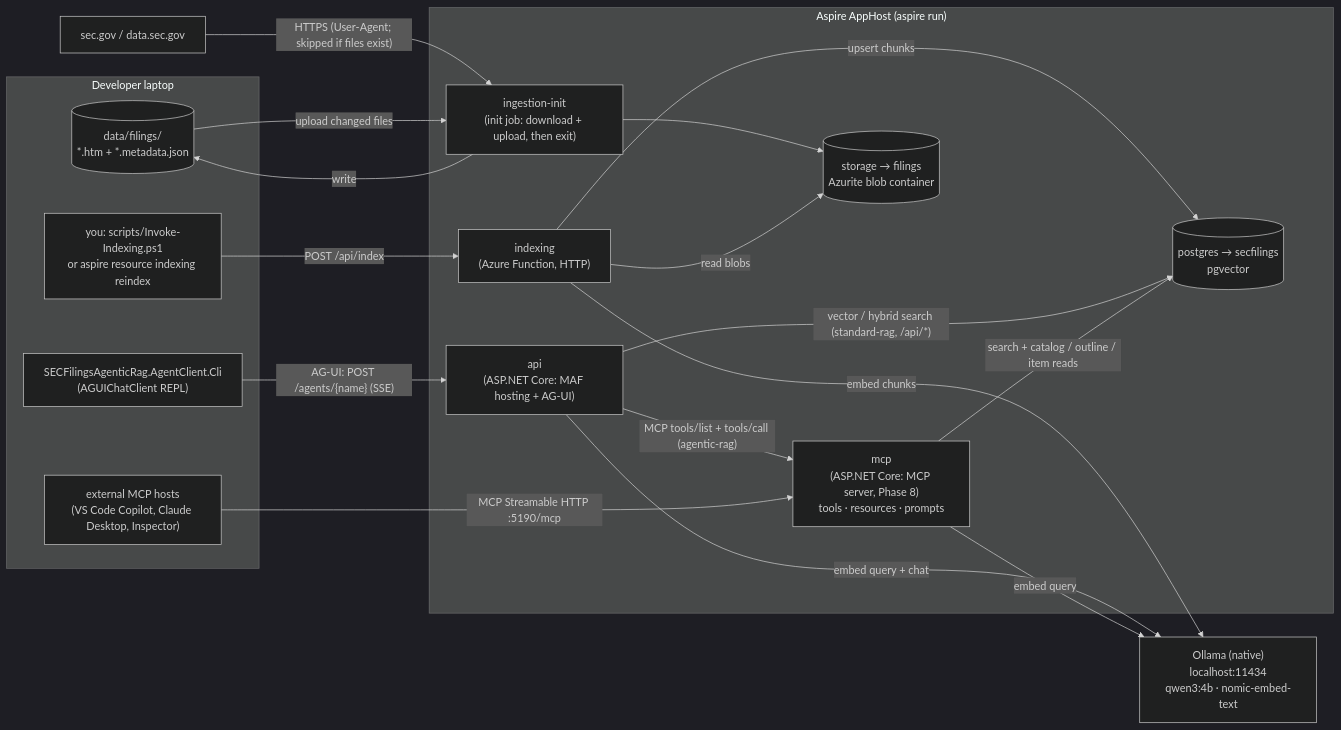
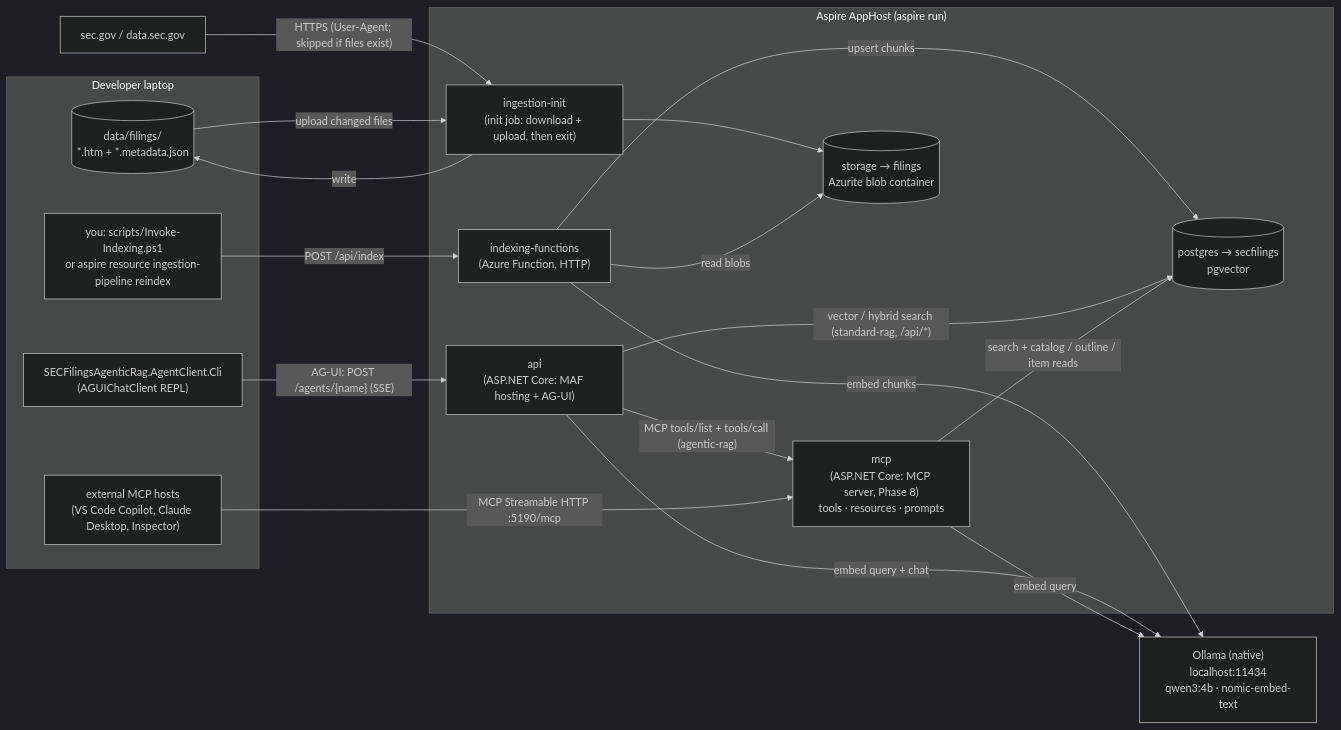
The first of 3 diagrams in docs/01-architecture-and-design.md (sushyk/SECFilingsAgenticRag), drawn with Mermaid (dark theme) before and after one commit. The commit also changed other lines of this file and 12 other files, not shown here.

````diff
--- a/docs/01-architecture-and-design.md
+++ b/docs/01-architecture-and-design.md
@@ -36,36 +36,36 @@
 ```mermaid
 flowchart LR
     subgraph Dev["Developer laptop"]
         FS[("data/filings/<br/>*.htm + *.metadata.json")]
         CLI["SECFilingsAgenticRag.AgentClient.Cli<br/>(AGUIChatClient REPL)"]
         EXT["external MCP hosts<br/>(VS Code Copilot, Claude Desktop, Inspector)"]
-        YOU["you: scripts/Invoke-Indexing.ps1<br/>or aspire resource indexing reindex"]
+        YOU["you: scripts/Invoke-Indexing.ps1<br/>or aspire resource ingestion-pipeline reindex"]
     end
 
     subgraph Aspire["Aspire AppHost (aspire run)"]
         SEED["ingestion-init<br/>(init job: download + upload, then exit)"]
-        FUNC["indexing<br/>(Azure Function, HTTP)"]
+        FUNC["indexing-functions<br/>(Azure Function, HTTP)"]
         API["api<br/>(ASP.NET Core: MAF hosting + AG-UI)"]
         MCP["mcp<br/>(ASP.NET Core: MCP server, Phase 8)<br/>tools · resources · prompts"]
         AZ[("storage → filings<br/>Azurite blob container")]
         PG[("postgres → secfilings<br/>pgvector")]
     end
 
     OLL["Ollama (native)<br/>localhost:11434<br/>qwen3:4b · nomic-embed-text"]
     SEC["sec.gov / data.sec.gov"]
 
     SEC -- "HTTPS (User-Agent; skipped if files exist)" --> SEED
     SEED -- "write" --> FS
     FS -- "upload changed files" --> SEED --> AZ
     YOU -- "POST /api/index" --> FUNC
     FUNC -- "read blobs" --> AZ
     FUNC -- "embed chunks" --> OLL
     FUNC -- "upsert chunks" --> PG
     CLI -- "AG-UI: POST /agents/{name} (SSE)" --> API
     API -- "embed query + chat" --> OLL
     API -- "vector / hybrid search (standard-rag, /api/*)" --> PG
     API -- "MCP tools/list + tools/call (agentic-rag)" --> MCP
     EXT -- "MCP Streamable HTTP :5190/mcp" --> MCP
     MCP -- "embed query" --> OLL
     MCP -- "search + catalog / outline / item reads" --> PG
 ```
````
